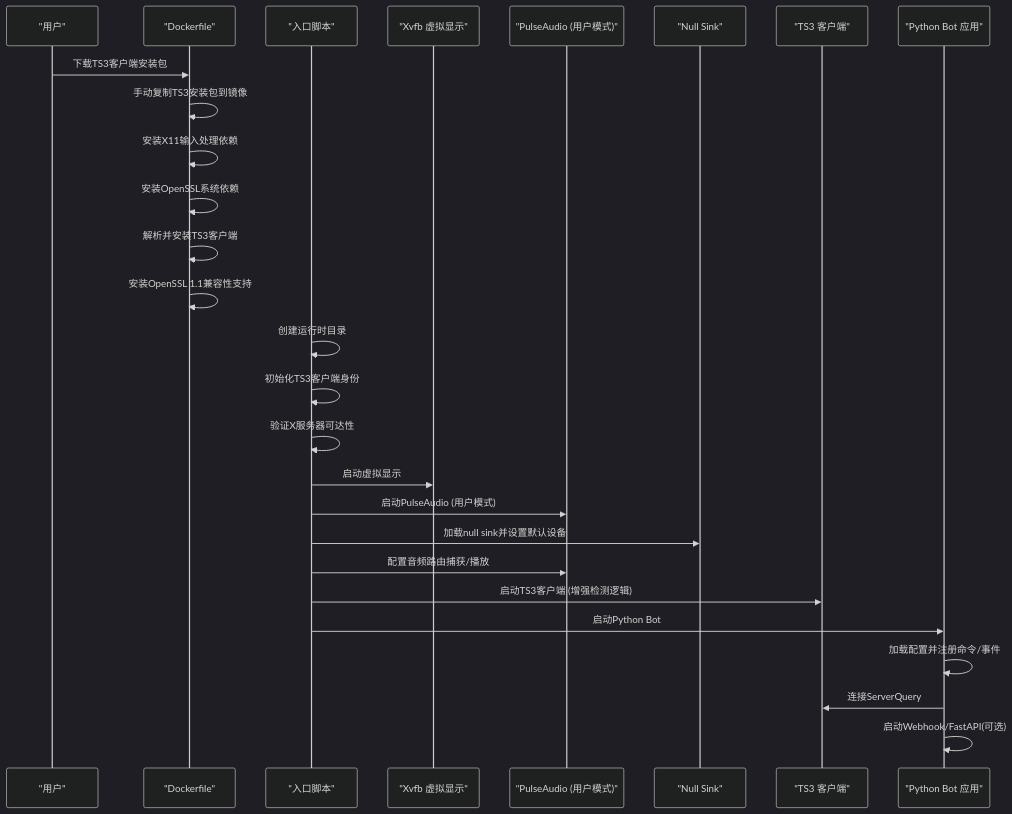
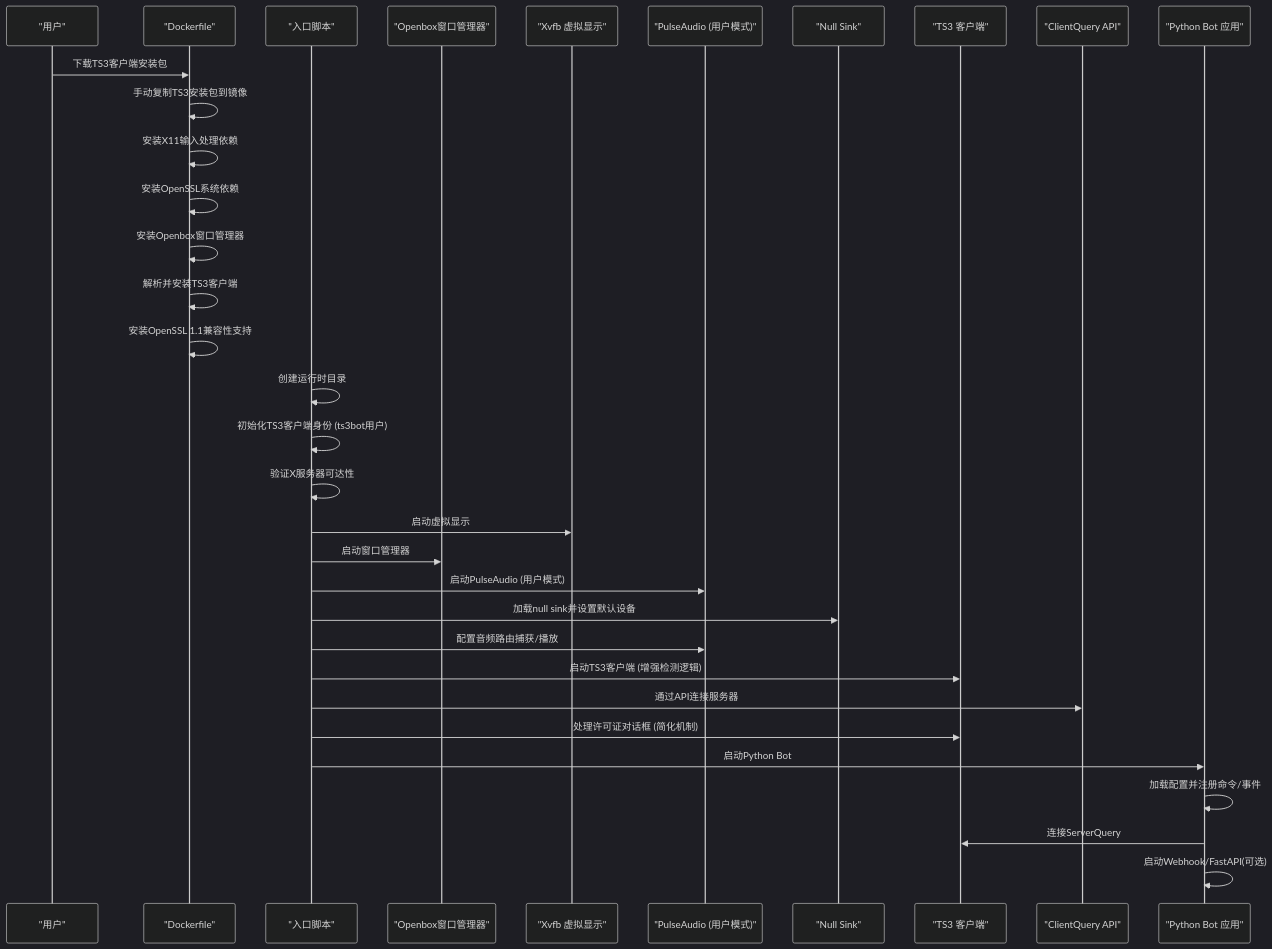
Before and after one commit to GhoulOwl/Teamspeak3_Bot: the second of 3 diagrams in .qoder/repowiki/zh/content/部署和运维/Docker容器化部署.md, drawn with Mermaid (dark theme). The commit also changed other lines of this file and 7 other files, not shown here.

````diff
--- a/.qoder/repowiki/zh/content/部署和运维/Docker容器化部署.md
+++ b/.qoder/repowiki/zh/content/部署和运维/Docker容器化部署.md
@@ -122,29 +132,35 @@
 ```mermaid
 sequenceDiagram
 participant User as "用户"
 participant Dockerfile as "Dockerfile"
 participant Entrypoint as "入口脚本"
+participant Openbox as "Openbox窗口管理器"
 participant Xvfb as "Xvfb 虚拟显示"
 participant Pulse as "PulseAudio (用户模式)"
 participant NullSink as "Null Sink"
 participant TS3 as "TS3 客户端"
+participant ClientQuery as "ClientQuery API"
 participant Bot as "Python Bot 应用"
 User->>Dockerfile : 下载TS3客户端安装包
 Dockerfile->>Dockerfile : 手动复制TS3安装包到镜像
 Dockerfile->>Dockerfile : 安装X11输入处理依赖
 Dockerfile->>Dockerfile : 安装OpenSSL系统依赖
+Dockerfile->>Dockerfile : 安装Openbox窗口管理器
 Dockerfile->>Dockerfile : 解析并安装TS3客户端
 Dockerfile->>Dockerfile : 安装OpenSSL 1.1兼容性支持
 Entrypoint->>Entrypoint : 创建运行时目录
-Entrypoint->>Entrypoint : 初始化TS3客户端身份
+Entrypoint->>Entrypoint : 初始化TS3客户端身份 (ts3bot用户)
 Entrypoint->>Entrypoint : 验证X服务器可达性
 Entrypoint->>Xvfb : 启动虚拟显示
+Entrypoint->>Openbox : 启动窗口管理器
 Entrypoint->>Pulse : 启动PulseAudio (用户模式)
 Entrypoint->>NullSink : 加载null sink并设置默认设备
 Entrypoint->>Pulse : 配置音频路由捕获/播放
 Entrypoint->>TS3 : 启动TS3客户端 (增强检测逻辑)
+Entrypoint->>ClientQuery : 通过API连接服务器
+Entrypoint->>TS3 : 处理许可证对话框 (简化机制)
 Entrypoint->>Bot : 启动Python Bot
 Bot->>Bot : 加载配置并注册命令/事件
 Bot->>TS3 : 连接ServerQuery
 Bot->>Bot : 启动Webhook/FastAPI(可选)
 ```
````
